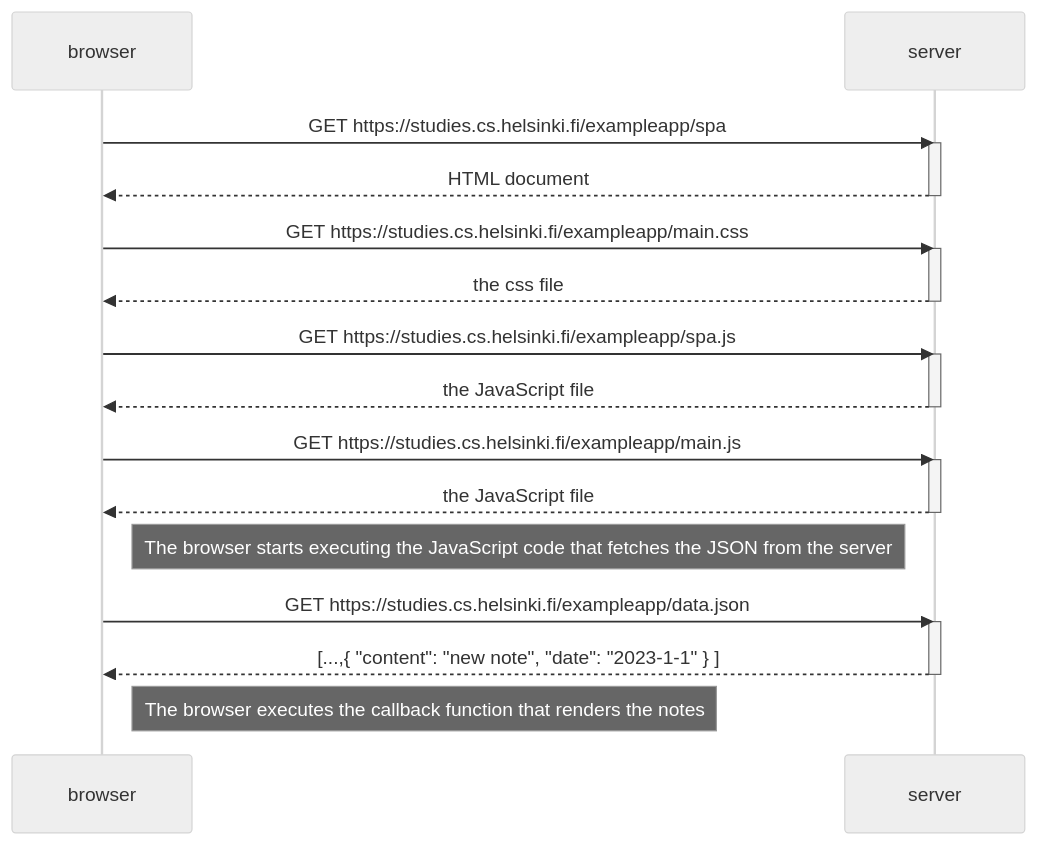
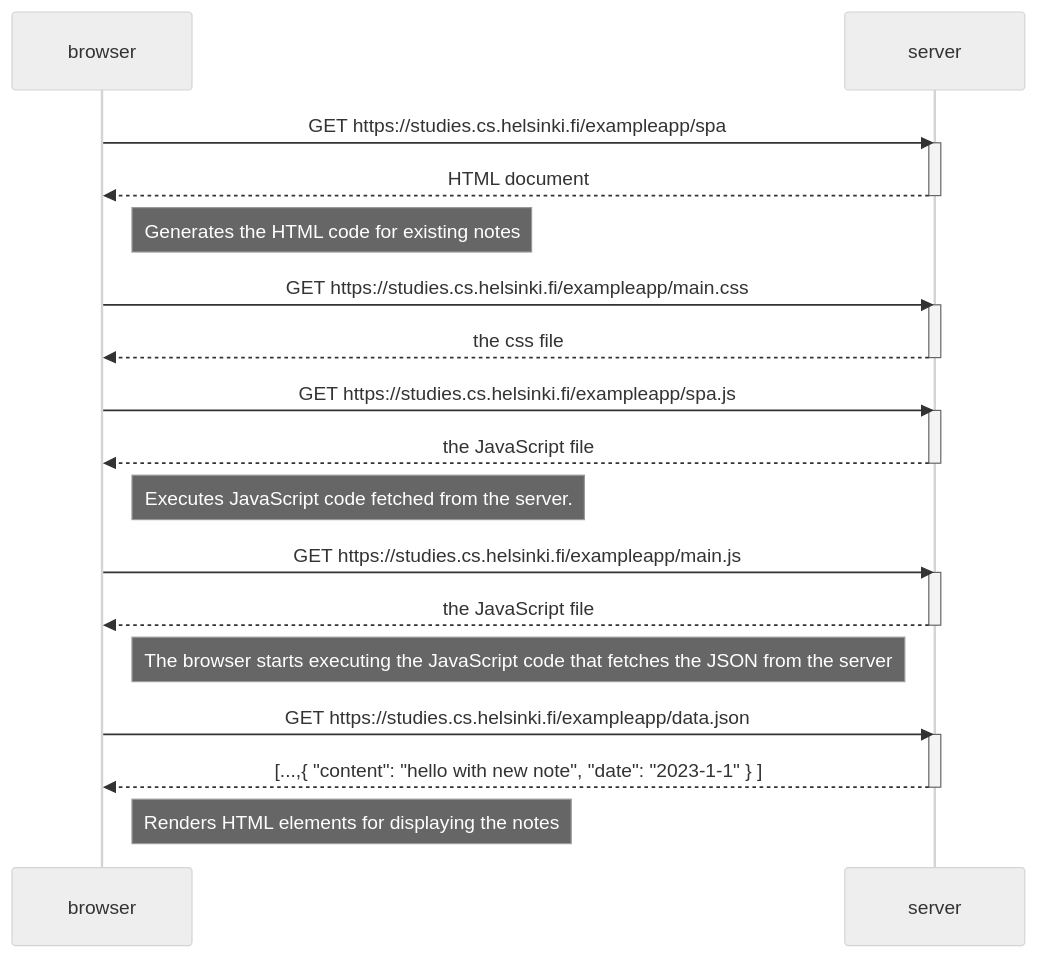
The diagram in part0/0.5_seq_diagram.md (mauricepruna/fullstackopen), drawn with Mermaid (neutral theme) before and after one commit. The commit also changed 2 other files, not shown here.

Commit message:
submitting part0

````diff
--- a/part0/0.5_seq_diagram.md
+++ b/part0/0.5_seq_diagram.md
@@ -1,34 +1,38 @@
 ```mermaid
 sequenceDiagram
     participant browser
     participant server
 
     browser->>server: GET https://studies.cs.helsinki.fi/exampleapp/spa
     activate server
     server-->>browser: HTML document
     deactivate server
 
+    Note right of browser:  Generates the HTML code for existing notes
+
     browser->>server: GET https://studies.cs.helsinki.fi/exampleapp/main.css
     activate server
     server-->>browser: the css file
     deactivate server
 
     browser->>server: GET https://studies.cs.helsinki.fi/exampleapp/spa.js
     activate server
     server-->>browser: the JavaScript file
     deactivate server
+    
+    Note right of browser: Executes JavaScript code fetched from the server.
 
     browser->>server: GET https://studies.cs.helsinki.fi/exampleapp/main.js
     activate server
     server-->>browser: the JavaScript file
     deactivate server
 
     Note right of browser: The browser starts executing the JavaScript code that fetches the JSON from the server
 
     browser->>server: GET https://studies.cs.helsinki.fi/exampleapp/data.json
     activate server
-    server-->>browser: [...,{ "content": "new note", "date": "2023-1-1" } ]
+    server-->>browser: [...,{ "content": "hello with new note", "date": "2023-1-1" } ]
     deactivate server
 
-    Note right of browser: The browser executes the callback function that renders the notes
+    Note right of browser: Renders  HTML elements for displaying the notes
 ```
````
